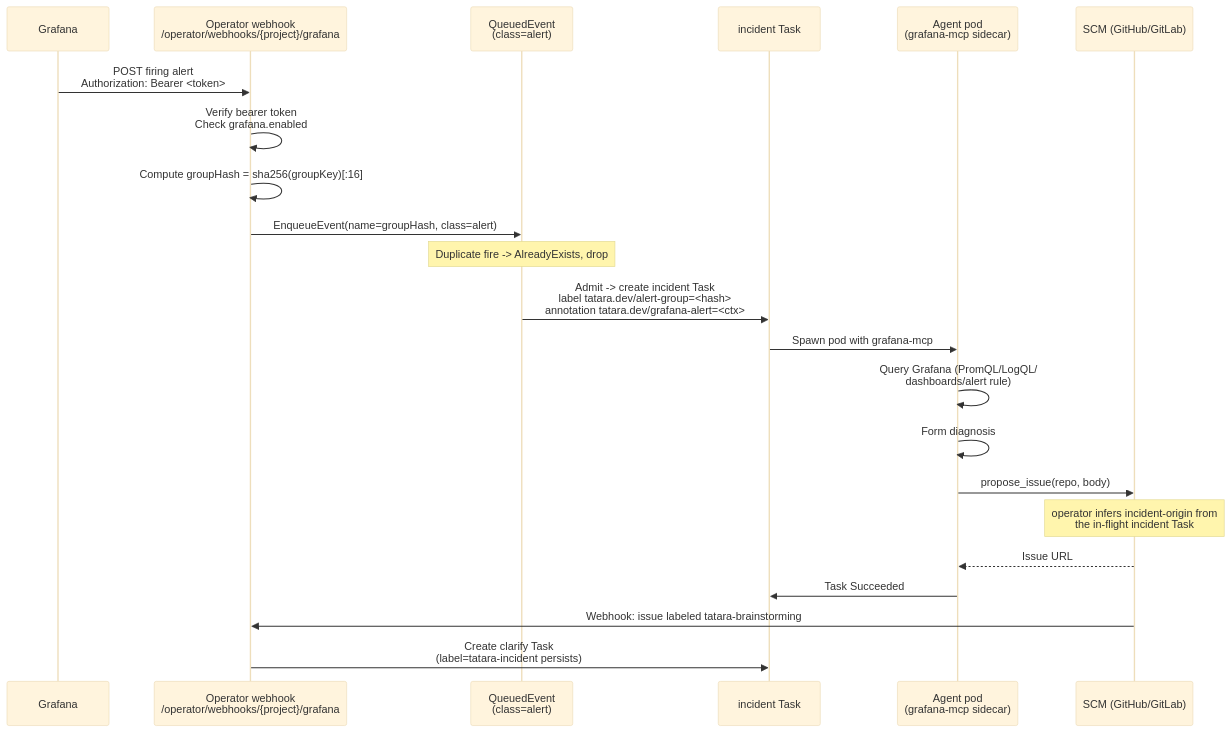
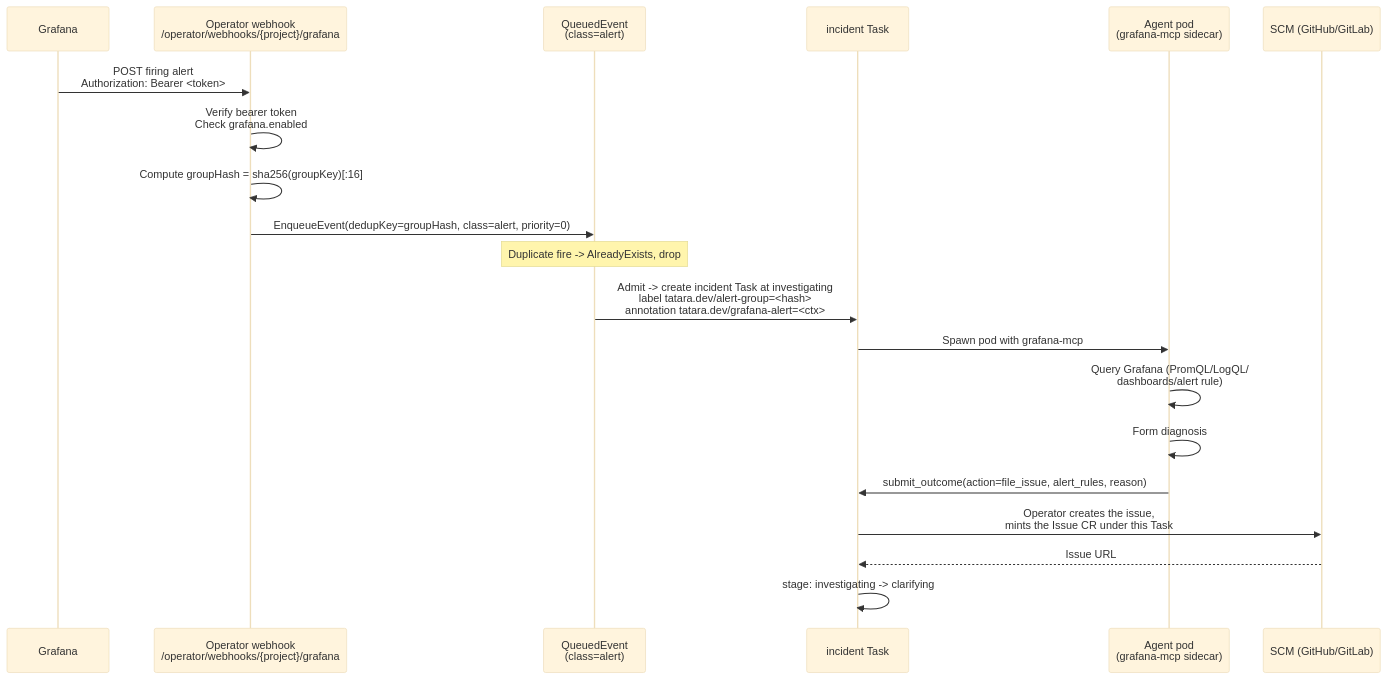
The diagram in docs/workflows/incident.md (szymonrychu/tatara-documentation), drawn with Mermaid (base theme) before and after one commit. The commit also changed other lines of this file and 63 other files, not shown here.

First line of the commit message:
feat!: document the task-centric architecture (Issue/MergeRequest CRs, stage machine, operator merge) (#19)

````diff
--- a/docs/workflows/incident.md
+++ b/docs/workflows/incident.md
@@ -244,25 +237,23 @@
 ```mermaid
 sequenceDiagram
     participant Grafana
     participant Operator as Operator webhook<br/>/operator/webhooks/{project}/grafana
     participant Queue as QueuedEvent<br/>(class=alert)
     participant Task as incident Task
     participant Agent as Agent pod<br/>(grafana-mcp sidecar)
     participant SCM as SCM (GitHub/GitLab)
 
     Grafana->>Operator: POST firing alert<br/>Authorization: Bearer <token>
     Operator->>Operator: Verify bearer token<br/>Check grafana.enabled
     Operator->>Operator: Compute groupHash = sha256(groupKey)[:16]
-    Operator->>Queue: EnqueueEvent(name=groupHash, class=alert)
+    Operator->>Queue: EnqueueEvent(dedupKey=groupHash, class=alert, priority=0)
     Note over Queue: Duplicate fire -> AlreadyExists, drop
-    Queue->>Task: Admit -> create incident Task<br/>label tatara.dev/alert-group=<hash><br/>annotation tatara.dev/grafana-alert=<ctx>
+    Queue->>Task: Admit -> create incident Task at investigating<br/>label tatara.dev/alert-group=<hash><br/>annotation tatara.dev/grafana-alert=<ctx>
     Task->>Agent: Spawn pod with grafana-mcp
     Agent->>Agent: Query Grafana (PromQL/LogQL/<br/>dashboards/alert rule)
     Agent->>Agent: Form diagnosis
-    Agent->>SCM: propose_issue(repo, body)
-    Note over SCM: operator infers incident-origin from<br/>the in-flight incident Task
-    SCM-->>Agent: Issue URL
-    Agent->>Task: Task Succeeded
-    SCM->>Operator: Webhook: issue labeled tatara-brainstorming
-    Operator->>Task: Create clarify Task<br/>(label=tatara-incident persists)
+    Agent->>Task: submit_outcome(action=file_issue, alert_rules, reason)
+    Task->>SCM: Operator creates the issue,<br/>mints the Issue CR under this Task
+    SCM-->>Task: Issue URL
+    Task->>Task: stage: investigating -> clarifying
 ```
````
